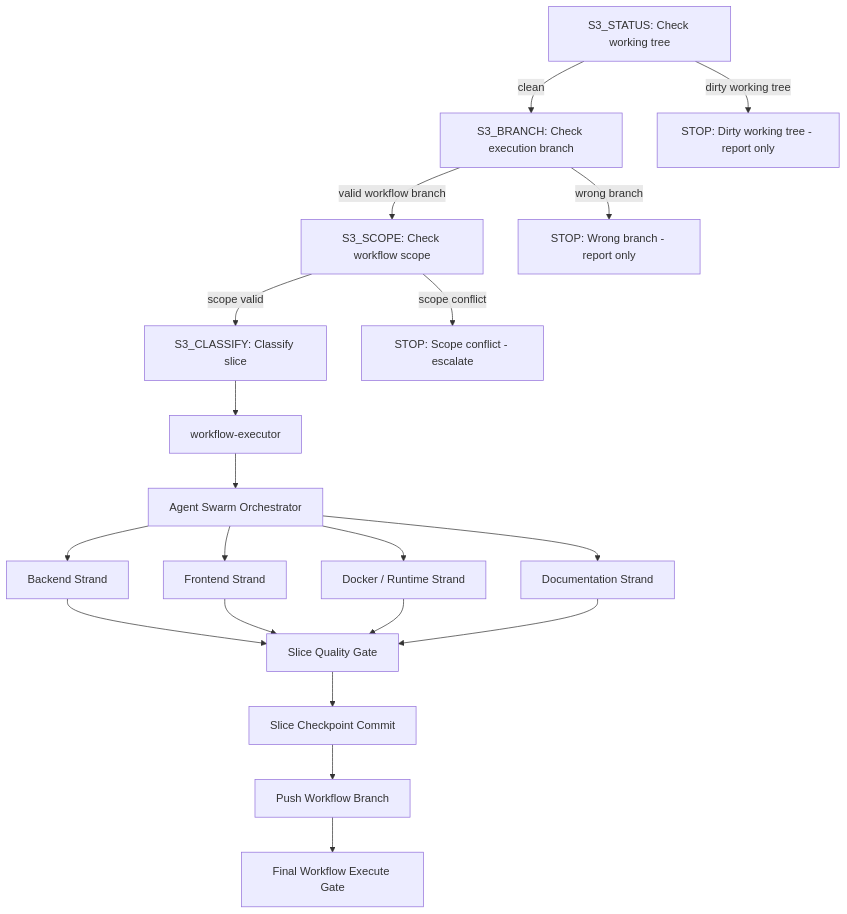
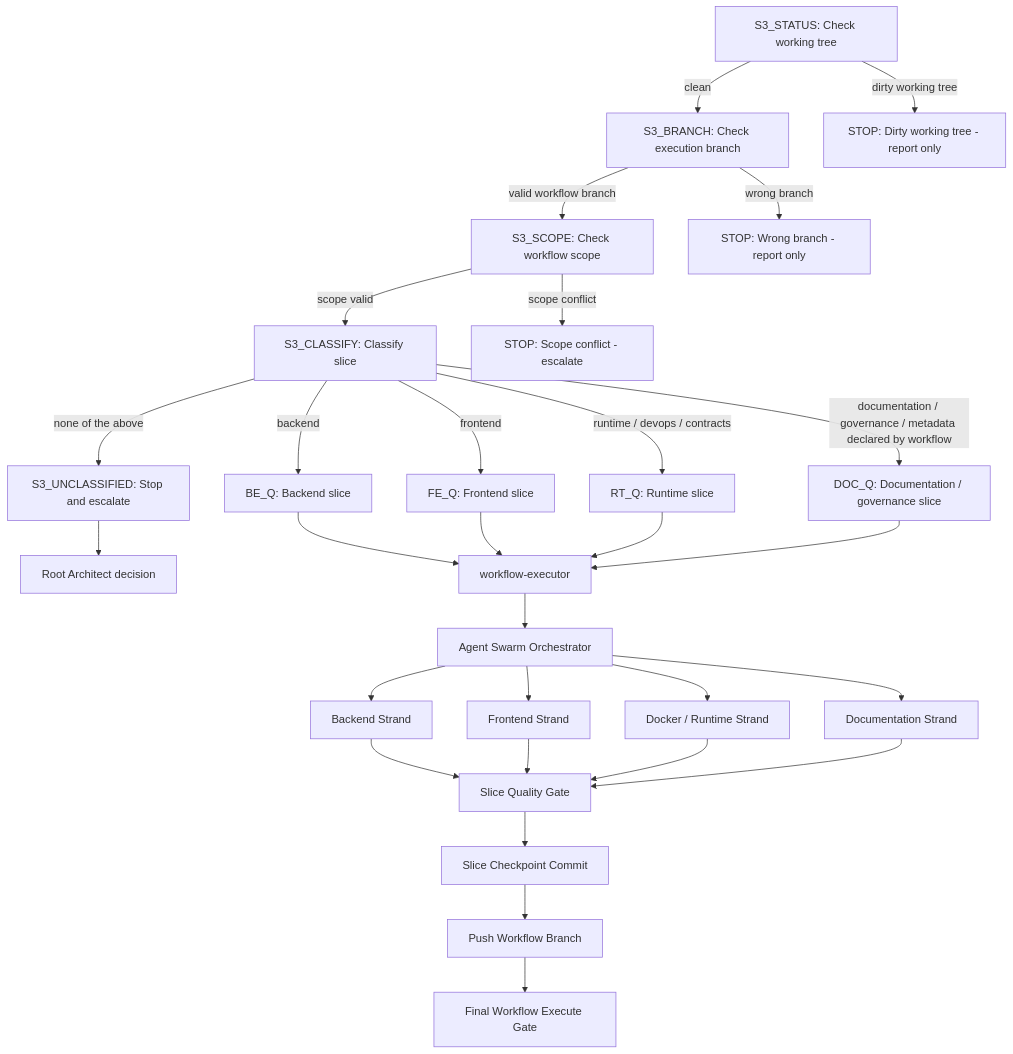
Before and after one commit to MatthiasBurger-Coder/forensic_analytics: the fourth of 5 diagrams in docs/agents/agent-governance.md, drawn with Mermaid. The commit also changed 7 other files, not shown here.

First line of the commit message:
docs(slice-04): add unclassified slice escalation

````diff
--- a/docs/agents/agent-governance.md
+++ b/docs/agents/agent-governance.md
@@ -158,38 +158,48 @@
 ```mermaid
 flowchart TD
   Status["S3_STATUS: Check working tree"]
   Branch["S3_BRANCH: Check execution branch"]
   Scope["S3_SCOPE: Check workflow scope"]
   Classify["S3_CLASSIFY: Classify slice"]
+  BE_Q["BE_Q: Backend slice"]
+  FE_Q["FE_Q: Frontend slice"]
+  RT_Q["RT_Q: Runtime slice"]
+  DOC_Q["DOC_Q: Documentation / governance slice"]
+  Unclassified["S3_UNCLASSIFIED: Stop and escalate"]
+  RootArchitect["Root Architect decision"]
   StopStatus["STOP: Dirty working tree - report only"]
   StopBranch["STOP: Wrong branch - report only"]
   StopScope["STOP: Scope conflict - escalate"]
   Executor["workflow-executor"]
   Swarm["Agent Swarm Orchestrator"]
   Backend["Backend Strand"]
   Frontend["Frontend Strand"]
   Runtime["Docker / Runtime Strand"]
   Docs["Documentation Strand"]
   Gate["Slice Quality Gate"]
   Commit["Slice Checkpoint Commit"]
   Push["Push Workflow Branch"]
   Final["Final Workflow Execute Gate"]
 
   Status -->|clean| Branch
   Status -->|dirty working tree| StopStatus
   Branch -->|valid workflow branch| Scope
   Branch -->|wrong branch| StopBranch
   Scope -->|scope valid| Classify
   Scope -->|scope conflict| StopScope
-  Classify --> Executor
+  Classify -->|backend| BE_Q --> Executor
+  Classify -->|frontend| FE_Q --> Executor
+  Classify -->|runtime / devops / contracts| RT_Q --> Executor
+  Classify -->|documentation / governance / metadata declared by workflow| DOC_Q --> Executor
+  Classify -->|none of the above| Unclassified --> RootArchitect
   Executor --> Swarm
   Swarm --> Backend
   Swarm --> Frontend
   Swarm --> Runtime
   Swarm --> Docs
   Backend --> Gate
   Frontend --> Gate
   Runtime --> Gate
   Docs --> Gate
   Gate --> Commit --> Push --> Final
 ```
````
